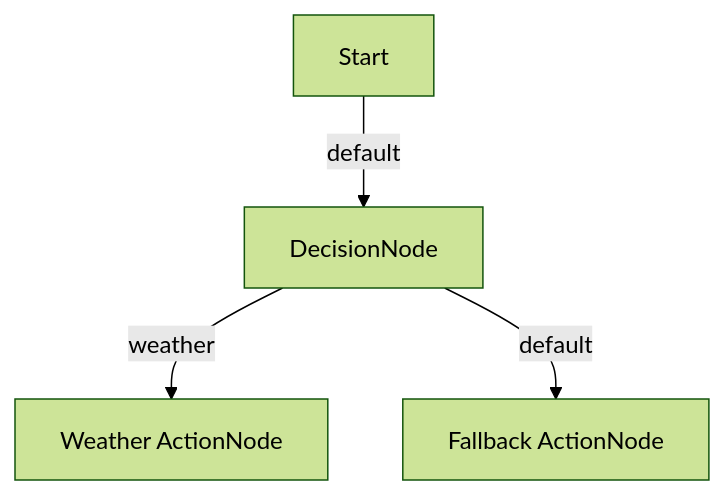
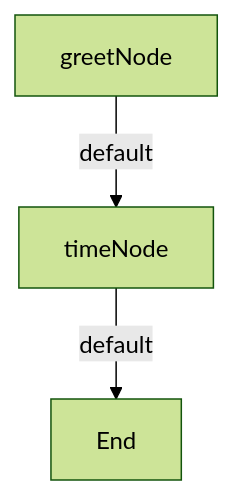
Before and after one commit to EunixTech/ai-agent-flow: the diagram in README.md, drawn with Mermaid (forest theme). The commit also changed other lines of this file, not shown here.

````diff
--- a/README.md
+++ b/README.md
@@ -32,6 +70,5 @@
 ```mermaid
 flowchart TD
-  A[Start] -->|default| B[DecisionNode]
-  B -->|weather| C[Weather ActionNode]
-  B -->|default| D[Fallback ActionNode]
+  A[greetNode] -->|default| B[timeNode]
+  B -->|default| C[End]
 ```
````
